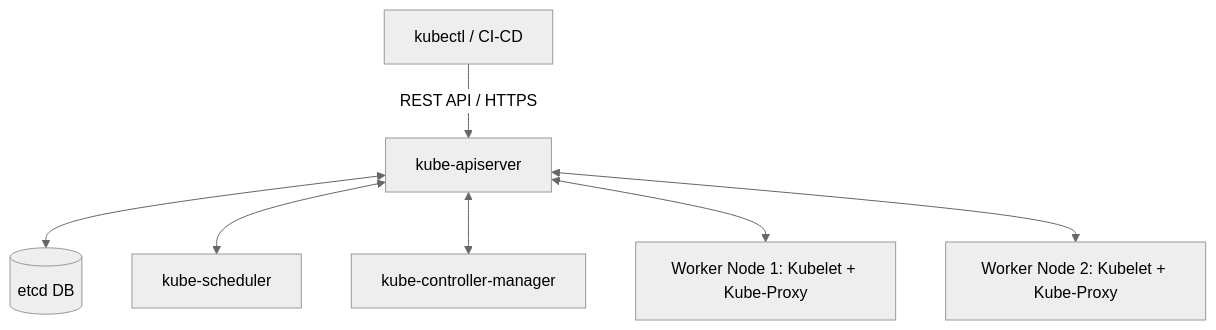
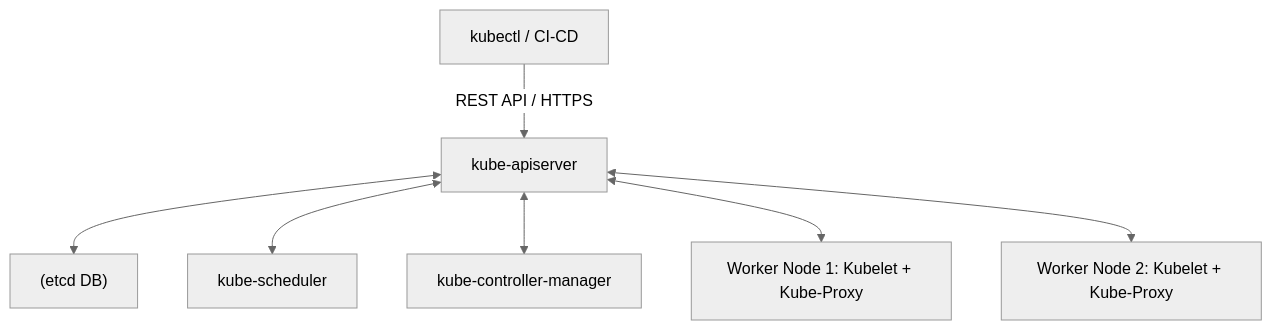
The first of 2 diagrams in public/docs/pt/tema_17_kubernetes_orquestacion.md (gjpierp/nmergeia), drawn with Mermaid (neutral theme) before and after one commit. The commit also changed other lines of this file and 519 other files, not shown here.

Commit message:
fix(mermaid): entrecomillar nombres de subgrafos y nodos con caracteres especiales para renderizado perfecto de todos los diagramas

````diff
--- a/public/docs/pt/tema_17_kubernetes_orquestacion.md
+++ b/public/docs/pt/tema_17_kubernetes_orquestacion.md
@@ -16,9 +16,9 @@
 ```mermaid
 flowchart TD
-    Client[kubectl / CI-CD] -->|"REST API / HTTPS"| APIServer[kube-apiserver]
-    APIServer <--> ETCD[(etcd DB)]
-    APIServer <--> Scheduler[kube-scheduler]
-    APIServer <--> Controller[kube-controller-manager]
-    APIServer <--> Kubelet1[Worker Node 1: Kubelet + Kube-Proxy]
-    APIServer <--> Kubelet2[Worker Node 2: Kubelet + Kube-Proxy]
+Client["kubectl / CI-CD"] -->|"REST API / HTTPS"| APIServer["kube-apiserver"]
+APIServer <--> ETCD["(etcd DB)"]
+APIServer <--> Scheduler["kube-scheduler"]
+APIServer <--> Controller["kube-controller-manager"]
+APIServer <--> Kubelet1["Worker Node 1: Kubelet + Kube-Proxy"]
+APIServer <--> Kubelet2["Worker Node 2: Kubelet + Kube-Proxy"]
 ```
````
